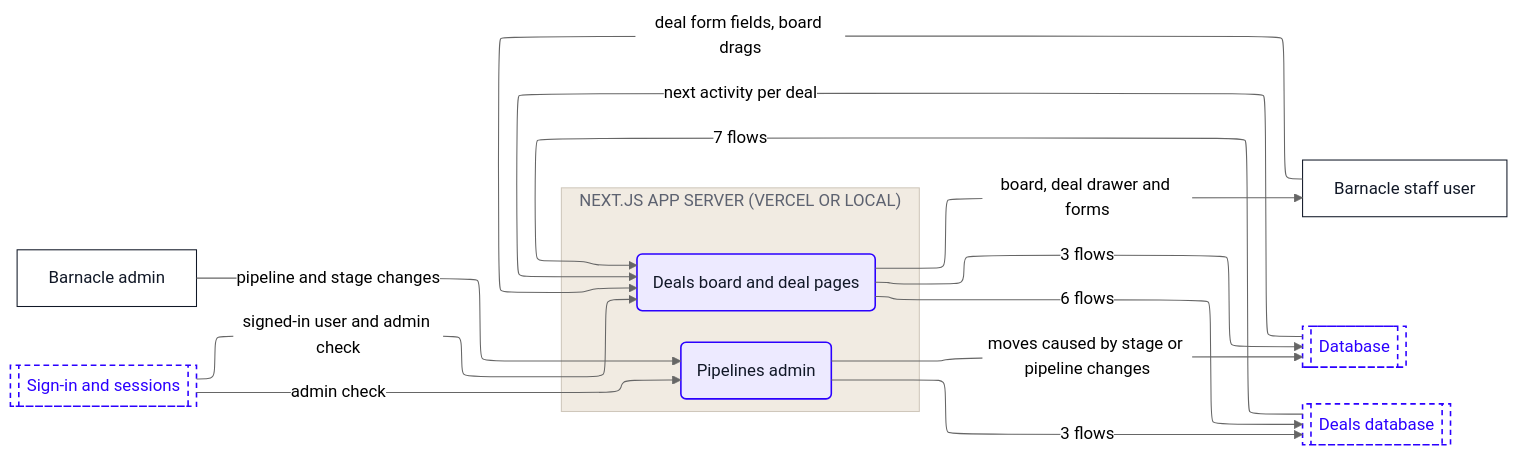
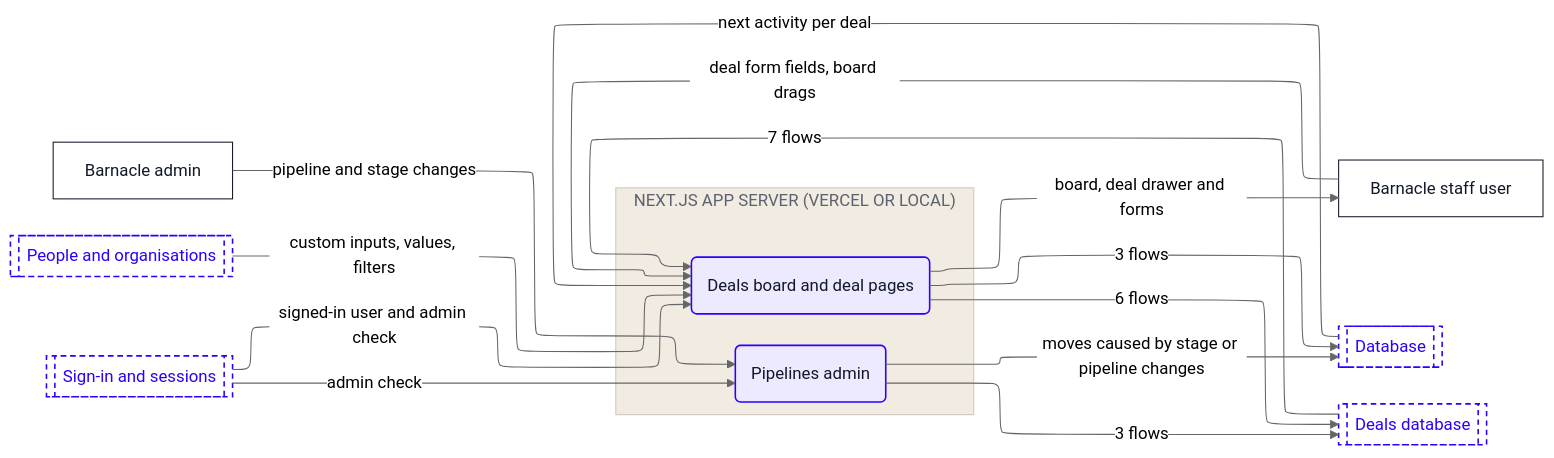
The fifth of 10 diagrams in dataflow/DATAFLOW.md (Romain-Perche/Barnacle-Pipe), drawn with Mermaid (neutral theme) before and after one commit. The commit also changed other lines of this file and 12 other files, not shown here.

````diff
--- a/dataflow/DATAFLOW.md
+++ b/dataflow/DATAFLOW.md
@@ -260,37 +269,39 @@
 ```mermaid
 ---
 config:
   layout: elk
 ---
 flowchart LR
     n1["Barnacle admin"]
     n2["Barnacle staff user"]
     subgraph z1["NEXT.JS APP SERVER (VERCEL OR LOCAL)"]
         n3("Deals board and deal pages")
         n4("Pipelines admin")
     end
     n5[["Database"]]
     n6[["Deals database"]]
-    n7[["Sign-in and sessions"]]
+    n7[["People and organisations"]]
+    n8[["Sign-in and sessions"]]
     n5 -->|"next activity per deal"| n3
     n1 -->|"pipeline and stage changes"| n4
+    n7 -->|"custom inputs, values, filters"| n3
     n6 -->|"7 flows"| n3
     n3 -->|"6 flows"| n6
     n3 -->|"3 flows"| n5
     n3 -->|"board, deal drawer and forms"| n2
     n4 -->|"3 flows"| n6
     n4 -->|"moves caused by stage or pipeline changes"| n5
-    n7 -->|"signed-in user and admin check"| n3
-    n7 -->|"admin check"| n4
+    n8 -->|"signed-in user and admin check"| n3
+    n8 -->|"admin check"| n4
     n2 -->|"deal form fields, board drags"| n3
     classDef actor fill:#FFFFFF,stroke:#111827,stroke-width:1px,color:#111827
     classDef process fill:#EDEAFF,stroke:#2B00FF,stroke-width:1.5px,color:#111827
     classDef store fill:#FAF6F1,stroke:#111827,stroke-width:1.5px,color:#111827
     classDef zone fill:#1A1A1A,stroke:#1A1A1A,color:#FFFFFF
     classDef group fill:#2B00FF,stroke:#2B00FF,color:#FFFFFF
     classDef stub fill:#FFFFFF,stroke:#2B00FF,stroke-width:1.5px,stroke-dasharray:5 4,color:#2B00FF
     class n1,n2 actor
     class n3,n4 process
-    class n5,n6,n7 stub
+    class n5,n6,n7,n8 stub
     style z1 fill:#F1EBE2,stroke:#CFC7BB,color:#5D6270
 ```
````
